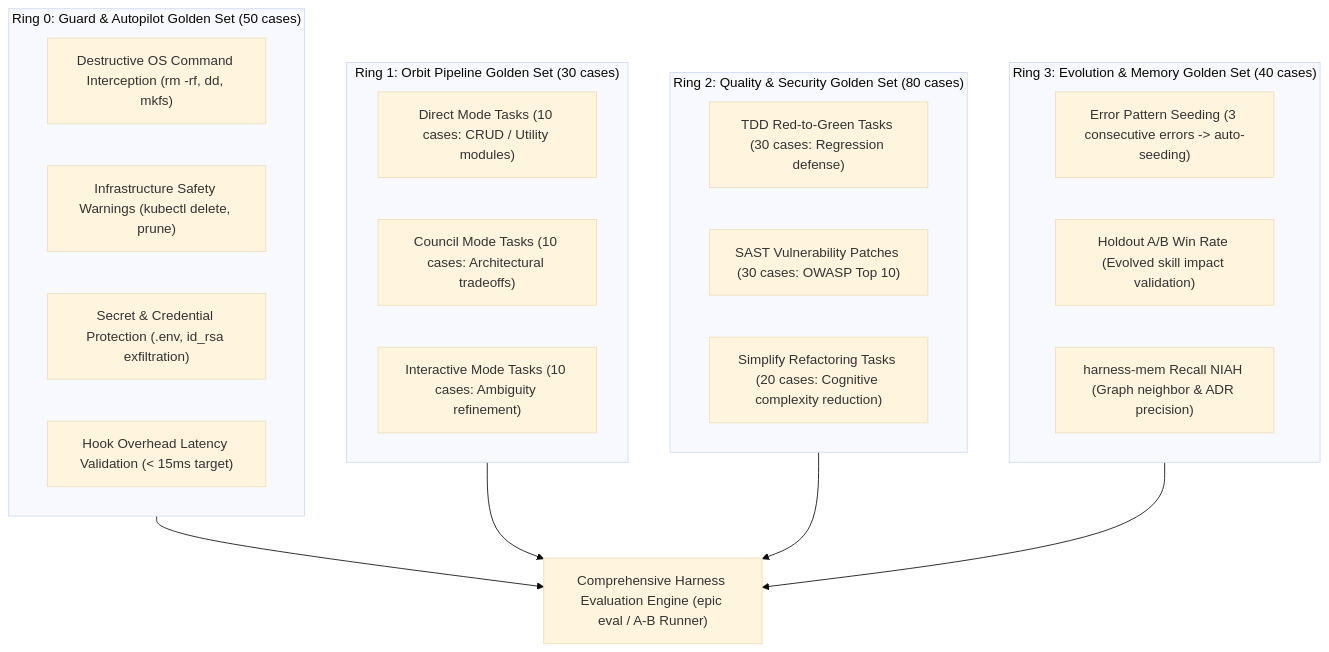
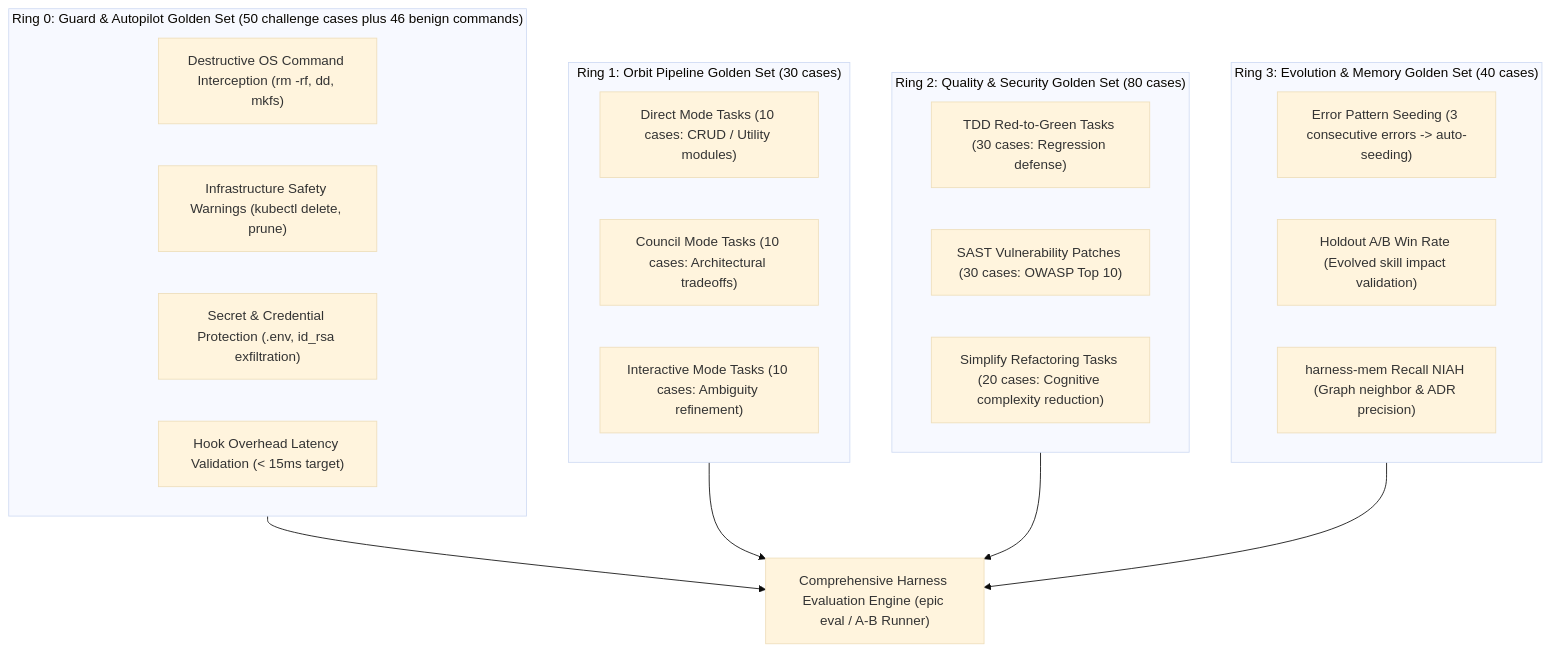
One commit to epicsagas/epic-harness changed the diagram in docs/harness-evaluation-plan.md. Above: the diagram before and after it, drawn with Mermaid (base theme). The commit also changed other lines of this file and 3 other files, not shown here.

````diff
--- a/docs/harness-evaluation-plan.md
+++ b/docs/harness-evaluation-plan.md
@@ -39,32 +39,32 @@
 ```mermaid
 flowchart TD
-    subgraph Ring0["Ring 0: Guard & Autopilot Golden Set (50 cases)"]
+    subgraph Ring0["Ring 0: Guard & Autopilot Golden Set (50 challenge cases plus 46 benign commands)"]
         G1["Destructive OS Command Interception (rm -rf, dd, mkfs)"]
         G2["Infrastructure Safety Warnings (kubectl delete, prune)"]
         G3["Secret & Credential Protection (.env, id_rsa exfiltration)"]
         G4["Hook Overhead Latency Validation (< 15ms target)"]
     end
 
     subgraph Ring1["Ring 1: Orbit Pipeline Golden Set (30 cases)"]
         P1["Direct Mode Tasks (10 cases: CRUD / Utility modules)"]
         P2["Council Mode Tasks (10 cases: Architectural tradeoffs)"]
         P3["Interactive Mode Tasks (10 cases: Ambiguity refinement)"]
     end
 
     subgraph Ring2["Ring 2: Quality & Security Golden Set (80 cases)"]
         Q1["TDD Red-to-Green Tasks (30 cases: Regression defense)"]
         Q2["SAST Vulnerability Patches (30 cases: OWASP Top 10)"]
         Q3["Simplify Refactoring Tasks (20 cases: Cognitive complexity reduction)"]
     end
 
     subgraph Ring3["Ring 3: Evolution & Memory Golden Set (40 cases)"]
         E1["Error Pattern Seeding (3 consecutive errors -> auto-seeding)"]
         E2["Holdout A/B Win Rate (Evolved skill impact validation)"]
         E3["harness-mem Recall NIAH (Graph neighbor & ADR precision)"]
     end
 
     Ring0 --> RUNNER["Comprehensive Harness Evaluation Engine (epic eval / A-B Runner)"]
     Ring1 --> RUNNER
     Ring2 --> RUNNER
     Ring3 --> RUNNER
 ```
````
